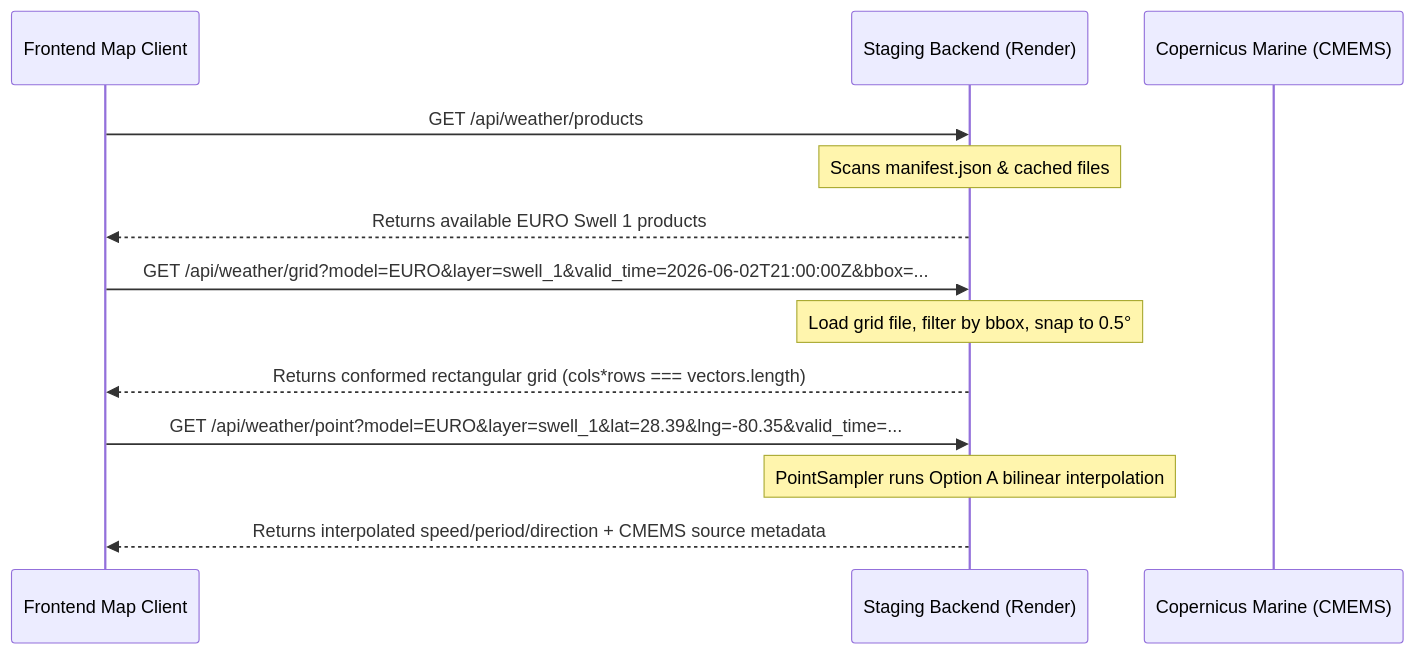
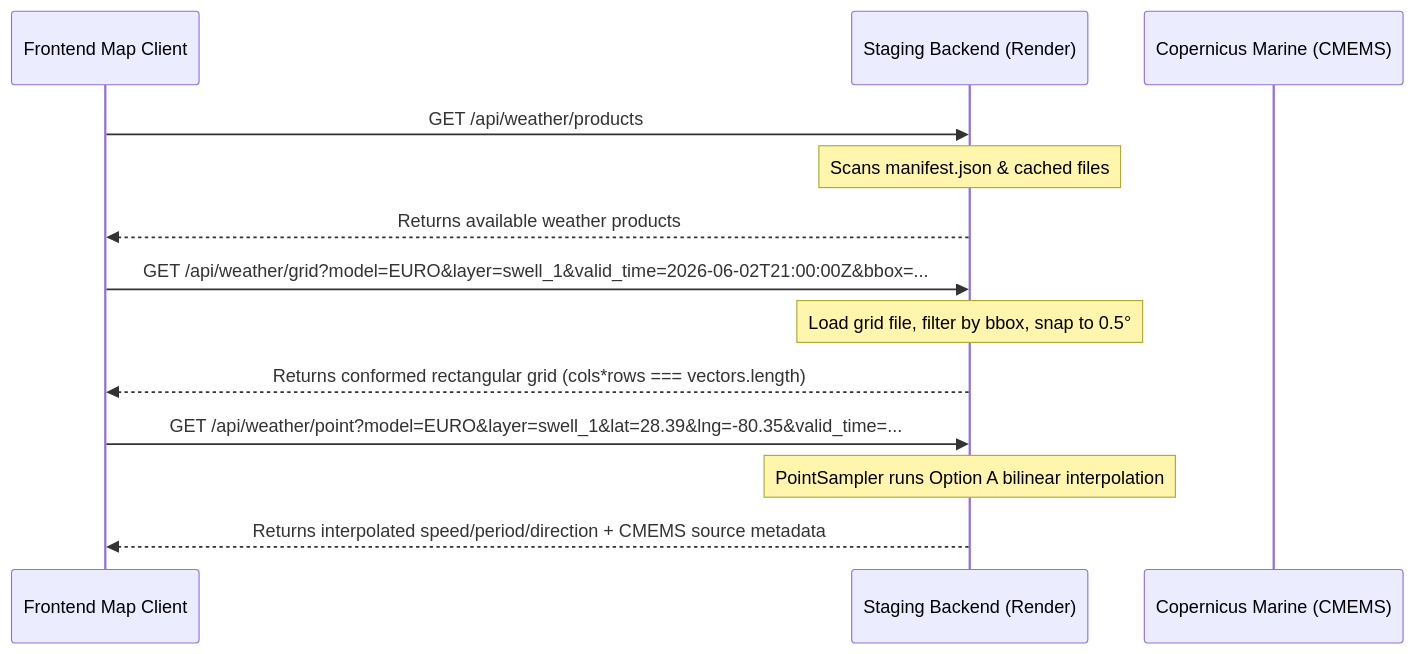
Before and after one commit to dpritzker0905-cmd/Raw-Surf-Antigravity: the diagram in docs/architecture/weather-backend-migration-roadmap.md, drawn with Mermaid. The commit also changed other lines of this file and 1 other file, not shown here.

Commit message:
Update canonical roadmap and create consolidated weather support matrix

````diff
--- a/docs/architecture/weather-backend-migration-roadmap.md
+++ b/docs/architecture/weather-backend-migration-roadmap.md
@@ -38,18 +40,18 @@
 ```mermaid
 sequenceDiagram
     participant FE as Frontend Map Client
     participant BE as Staging Backend (Render)
     participant CM as Copernicus Marine (CMEMS)
     
     FE->>BE: GET /api/weather/products
     Note over BE: Scans manifest.json & cached files
-    BE-->>FE: Returns available EURO Swell 1 products
+    BE-->>FE: Returns available weather products
     
     FE->>BE: GET /api/weather/grid?model=EURO&layer=swell_1&valid_time=2026-06-02T21:00:00Z&bbox=...
     Note over BE: Load grid file, filter by bbox, snap to 0.5°
     BE-->>FE: Returns conformed rectangular grid (cols*rows === vectors.length)
     
     FE->>BE: GET /api/weather/point?model=EURO&layer=swell_1&lat=28.39&lng=-80.35&valid_time=...
     Note over BE: PointSampler runs Option A bilinear interpolation
     BE-->>FE: Returns interpolated speed/period/direction + CMEMS source metadata
 ```
````
